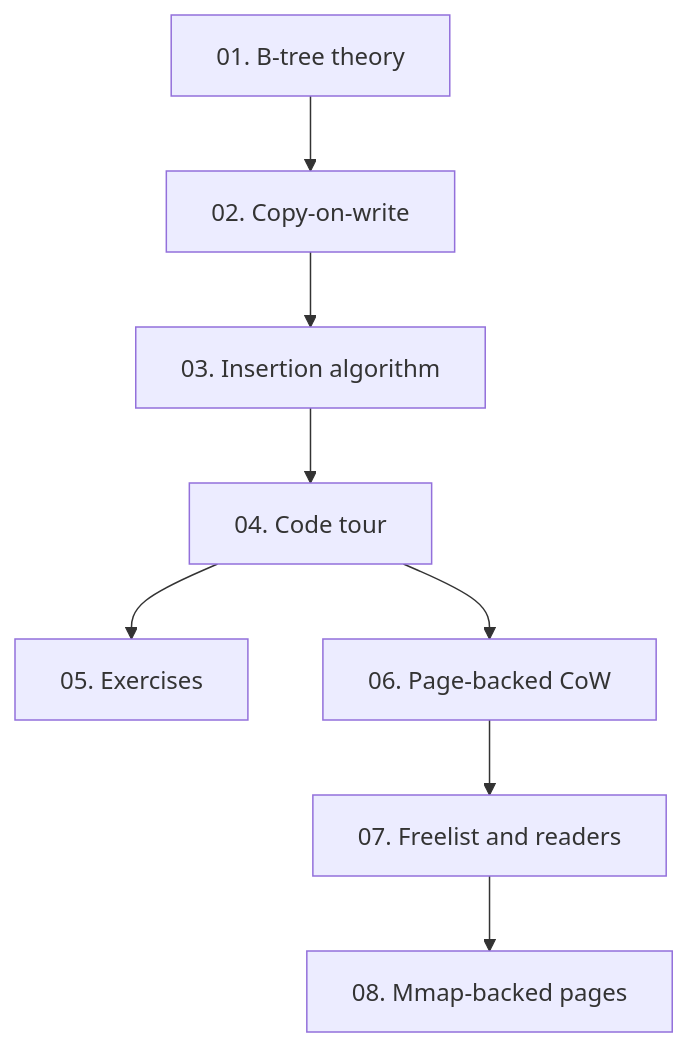
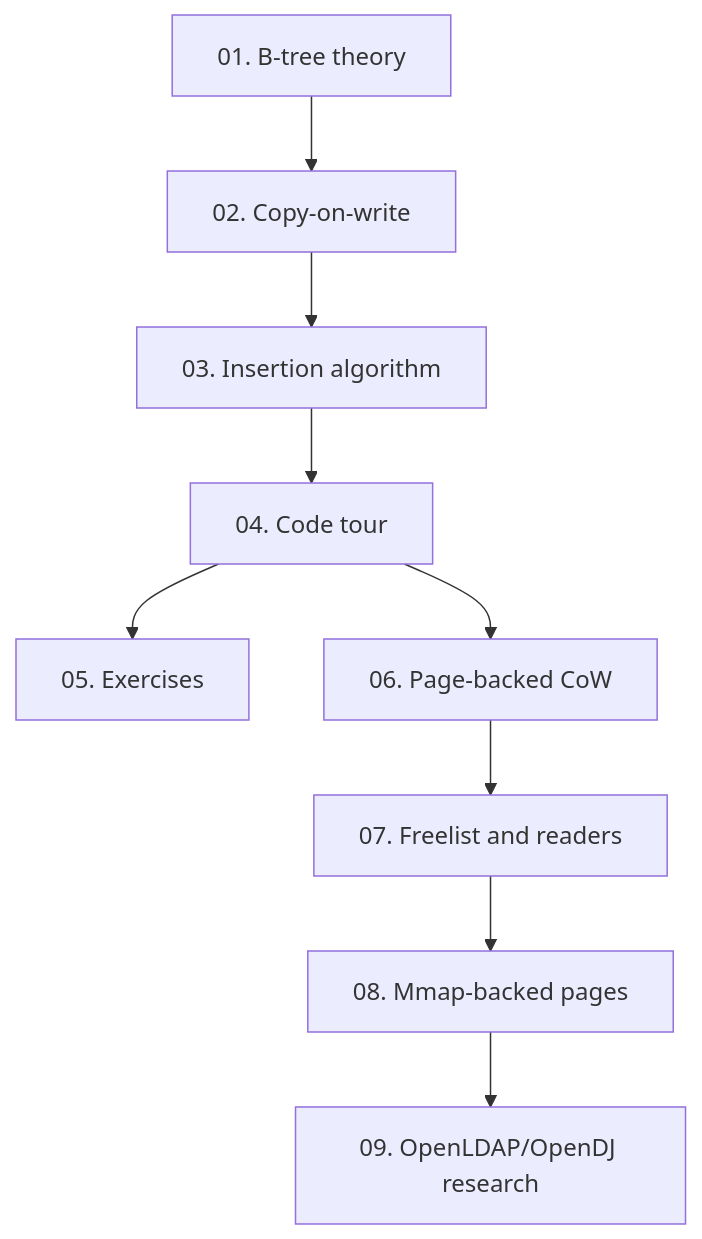
One commit to hadamrd/cow-btree-course changed the diagram in docs/index.md. Above: the diagram before and after it, drawn with Mermaid. The commit also changed other lines of this file and 14 other files, not shown here.

````diff
--- a/docs/index.md
+++ b/docs/index.md
@@ -17,10 +18,11 @@
 ```mermaid
 flowchart TD
     A["01. B-tree theory"] --> B["02. Copy-on-write"]
     B --> C["03. Insertion algorithm"]
     C --> D["04. Code tour"]
     D --> E["05. Exercises"]
     D --> F["06. Page-backed CoW"]
     F --> G["07. Freelist and readers"]
     G --> H["08. Mmap-backed pages"]
+    H --> I["09. OpenLDAP/OpenDJ research"]
 ```
````
